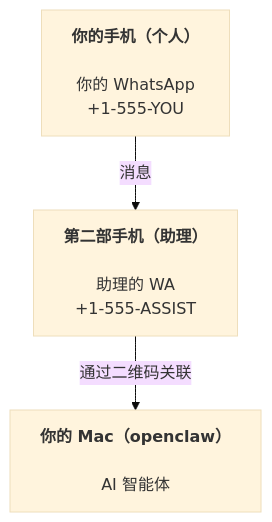
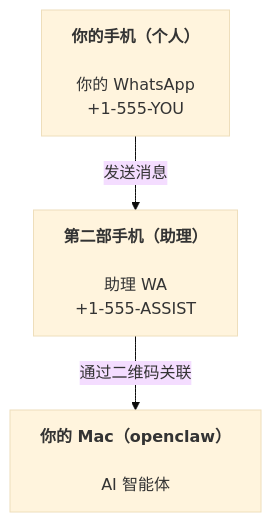
Before and after one commit to is0383kk/ai-docs-sync-workflow: the diagram in openclaw-docs/zh-CN/start/openclaw.md, drawn with Mermaid (base theme). The commit also changed other lines of this file and 11096 other files, not shown here.

````diff
--- a/openclaw-docs/zh-CN/start/openclaw.md
+++ b/openclaw-docs/zh-CN/start/openclaw.md
@@ -37,5 +37,5 @@
 ```mermaid
 flowchart TB
-    A["<b>你的手机（个人）<br></b><br>你的 WhatsApp<br>+1-555-YOU"] -- 消息 --> B["<b>第二部手机（助理）<br></b><br>助理的 WA<br>+1-555-ASSIST"]
+    A["<b>你的手机（个人）<br></b><br>你的 WhatsApp<br>+1-555-YOU"] -- 发送消息 --> B["<b>第二部手机（助理）<br></b><br>助理 WA<br>+1-555-ASSIST"]
     B -- 通过二维码关联 --> C["<b>你的 Mac（openclaw）<br></b><br>AI 智能体"]
 ```
````
